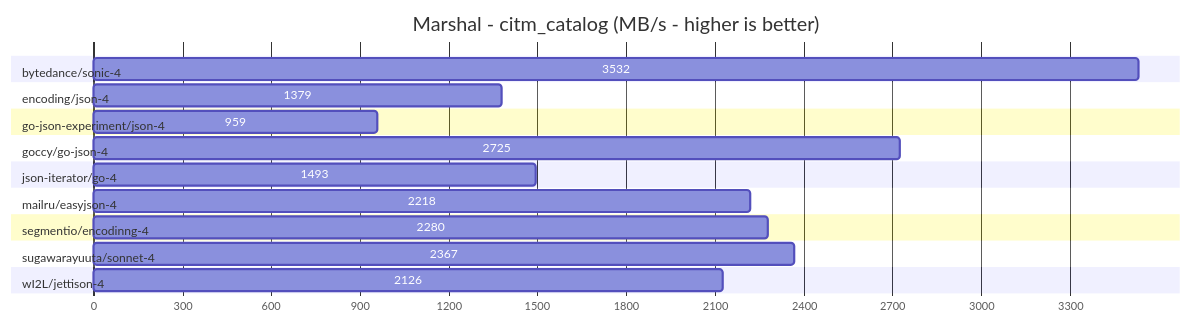
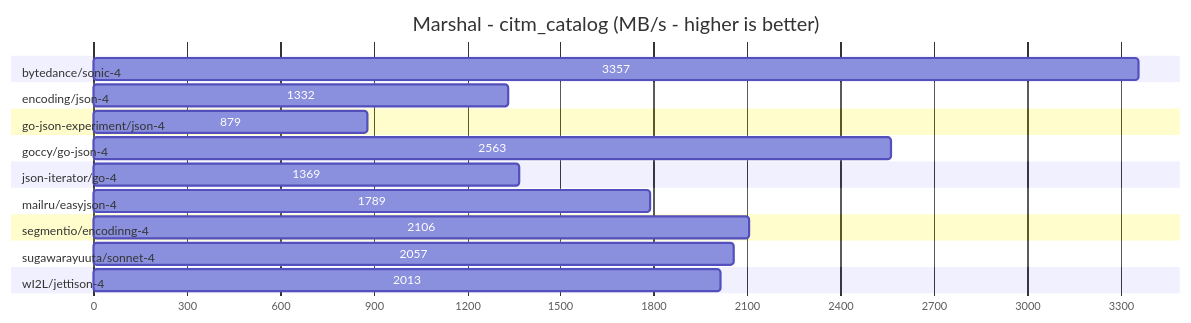
Before and after one commit to sugawarayuuta/benchmark: the second of 12 diagrams in README.md, drawn with Mermaid. The commit also changed other lines of this file and 3 other files, not shown here.

````diff
--- a/README.md
+++ b/README.md
@@ -27,25 +27,25 @@
 ```mermaid
 gantt
 title Marshal - citm_catalog (MB/s - higher is better)
 dateFormat X
 axisFormat %s
 
 section bytedance/sonic-4                    
-3532 :0, 3532
+3357 :0, 3357
 section encoding/json-4                      
-1379 :0, 1379
+1332 :0, 1332
 section go-json-experiment/json-4            
-959 :0, 959
+879 :0, 879
 section goccy/go-json-4                      
-2725 :0, 2725
+2563 :0, 2563
 section json-iterator/go-4                   
-1493 :0, 1493
+1369 :0, 1369
 section mailru/easyjson-4                    
-2218 :0, 2218
+1789 :0, 1789
 section segmentio/encodinng-4                
-2280 :0, 2280
+2106 :0, 2106
 section sugawarayuuta/sonnet-4               
-2367 :0, 2367
+2057 :0, 2057
 section wI2L/jettison-4                      
-2126 :0, 2126
+2013 :0, 2013
 ```
````
